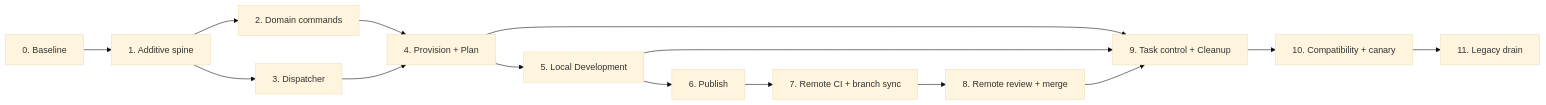
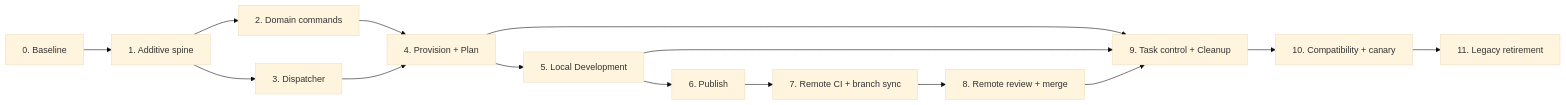
One commit to bytequay/bytequay changed the diagram in docs/intermediate/development-flow-migration-plan.md. Above: the diagram before and after it, drawn with Mermaid (base theme). The commit also changed other lines of this file and 422 other files, not shown here.

```diff
--- a/docs/intermediate/development-flow-migration-plan.md
+++ b/docs/intermediate/development-flow-migration-plan.md
@@ -156,17 +164,17 @@
 ~~~mermaid
 flowchart LR
     S0["0. Baseline"] --> S1["1. Additive spine"]
     S1 --> S2["2. Domain commands"]
     S1 --> S3["3. Dispatcher"]
     S2 --> S4["4. Provision + Plan"]
     S3 --> S4
     S4 --> S5["5. Local Development"]
     S5 --> S6["6. Publish"]
     S6 --> S7["7. Remote CI + branch sync"]
     S7 --> S8["8. Remote review + merge"]
     S4 --> S9["9. Task control + Cleanup"]
     S5 --> S9
     S8 --> S9
     S9 --> S10["10. Compatibility + canary"]
-    S10 --> S11["11. Legacy drain"]
+    S10 --> S11["11. Legacy retirement"]
 ~~~
```
